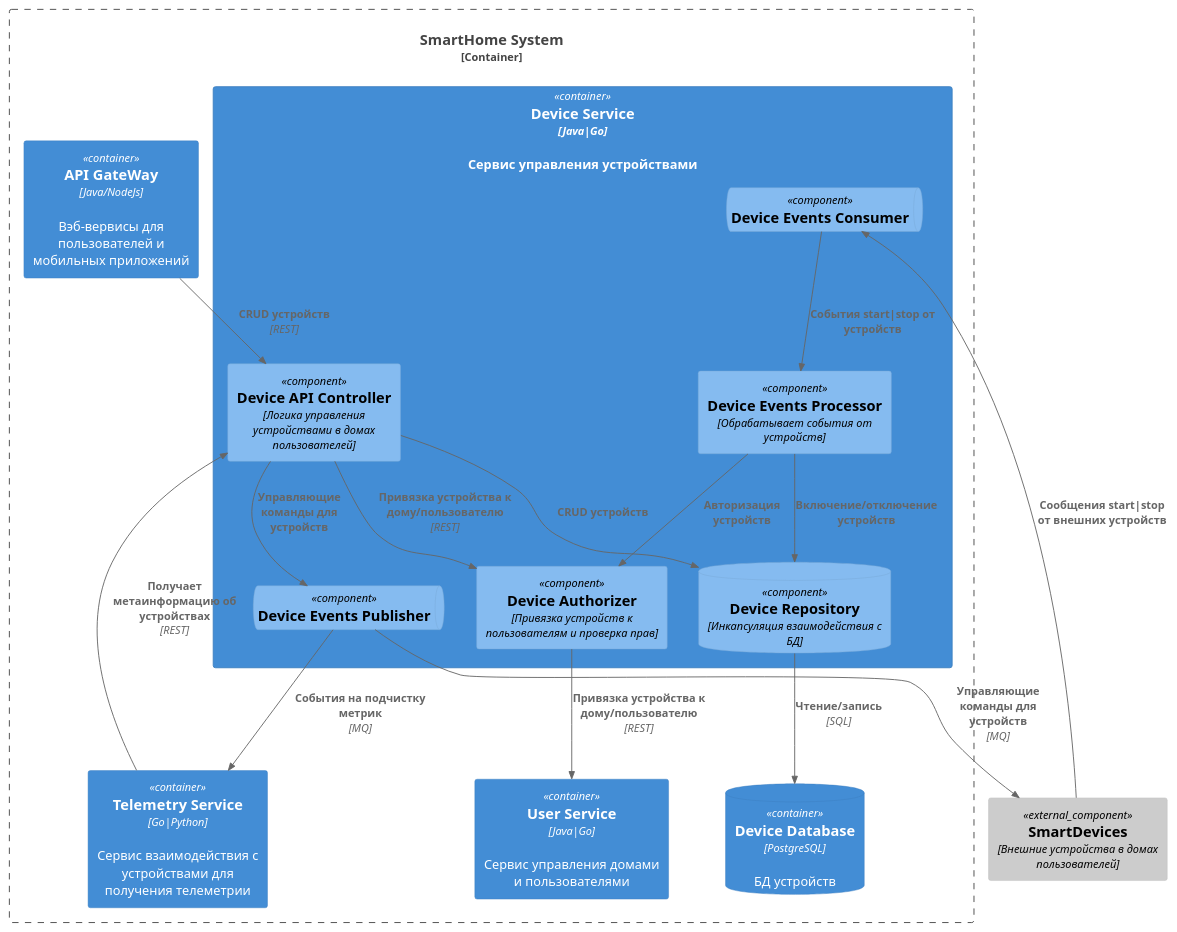
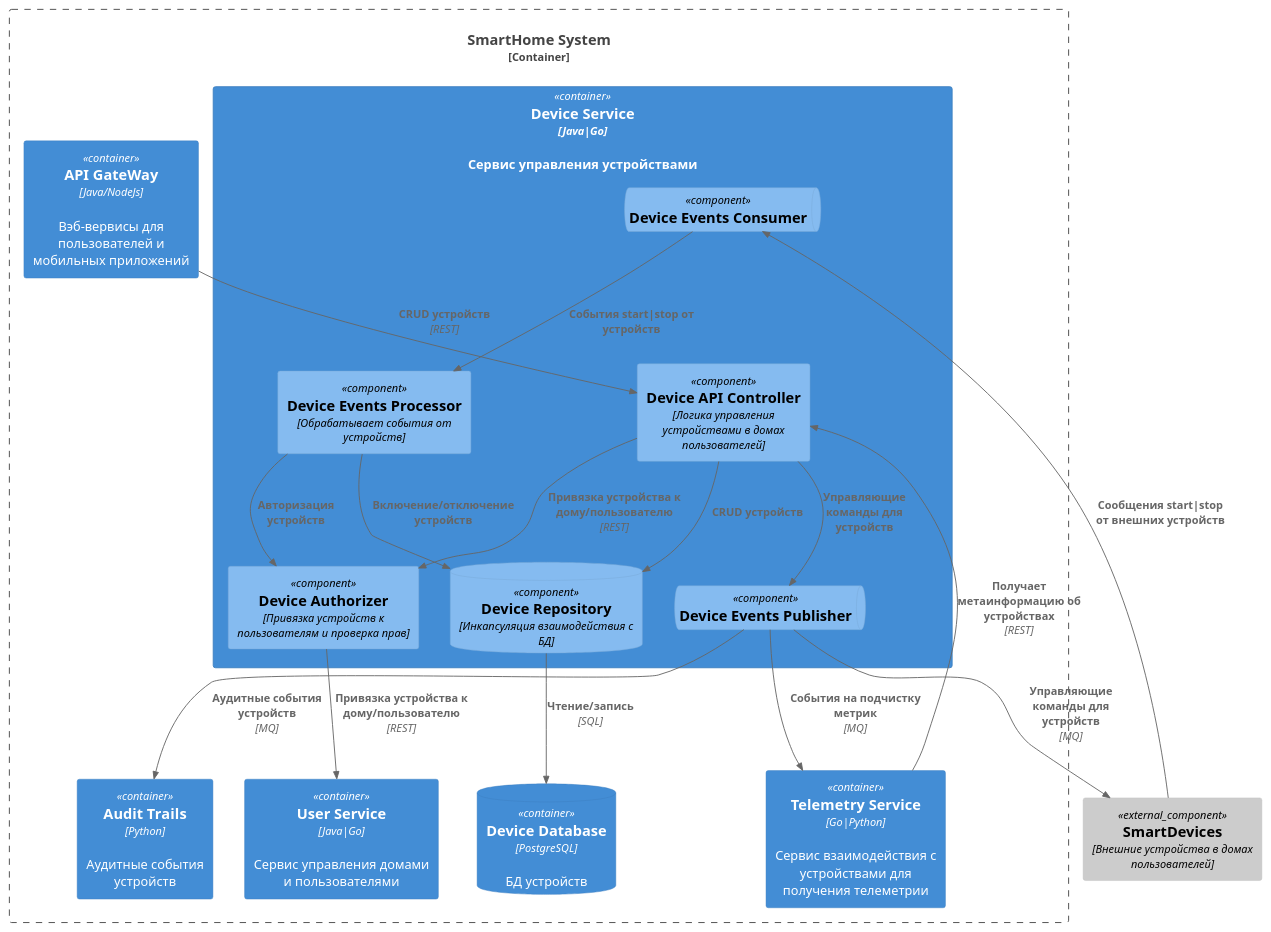
The diagram in schemas/C4_component.puml (Yandex-Practicum/architecture-pro-warmhouse), drawn with PlantUML before and after one commit. The commit also changed 7 other files, not shown here.

Commit message:
Задание 2. renew schemas

```diff
--- a/schemas/C4_component.puml
+++ b/schemas/C4_component.puml
@@ -1,43 +1,45 @@
 @startuml
 !include https://raw.githubusercontent.com/plantuml-stdlib/C4-PlantUML/master/C4_Component.puml
 
 Container_Boundary(smartHomeSystem, "SmartHome System") {
     Container(apiGW, "API GateWay", "Java/NodeJs", "Вэб-вервисы для пользователей и мобильных приложений")
     Container(userService, "User Service", "Java|Go", "Сервис управления домами и пользователями")
     Container(telemetryService, "Telemetry Service", "Go|Python", "Сервис взаимодействия с устройствами для получения телеметрии")
     Container(deviceService, "Device Service", "Java|Go", "Сервис управления устройствами") {
 
         Component(deviceAuthorizer, "Device Authorizer", "Привязка устройств к пользователям и проверка прав")
         ComponentDb(deviceRepository, "Device Repository", "Инкапсуляция взаимодействия с БД")
         Component(deviceAPIController, "Device API Controller", "Логика управления устройствами в домах пользователей")
 
         ComponentQueue(eventsPublisher, "Device Events Publisher")
         ComponentQueue(eventConsumer, "Device Events Consumer")
         Component(eventProcessor, "Device Events Processor", "Обрабатывает события от устройств")
     }
     ContainerDb(deviceDatabase, "Device Database", "PostgreSQL", "БД устройств")
+    Container(auditTrails, "Audit Trails", "Python", "Аудитные события устройств")
 }
 
 Component_Ext(smartDevices ,"SmartDevices", "Внешние устройства в домах пользователей")
 
 Rel(deviceRepository, deviceDatabase, "Чтение/запись", "SQL")
 
 Rel(telemetryService, deviceAPIController, "Получает метаинформацию об устройствах", "REST")
 
 Rel(apiGW, deviceAPIController, "CRUD устройств", "REST")
 
 Rel(deviceAPIController, deviceRepository, "CRUD устройств")
 
 Rel(deviceAPIController, deviceAuthorizer, "Привязка устройства к дому/пользователю", "REST")
 Rel(deviceAuthorizer, userService, "Привязка устройства к дому/пользователю", "REST")
 
 Rel(eventConsumer, eventProcessor, "События start|stop от устройств")
 Rel(eventProcessor, deviceAuthorizer, "Авторизация устройств")
 Rel(eventProcessor, deviceRepository, "Включение/отключение устройств")
 
 Rel(deviceAPIController, eventsPublisher, "Управляющие команды для устройств")
+Rel(eventsPublisher, auditTrails, "Аудитные события устройств", "MQ")
 Rel(eventsPublisher, smartDevices, "Управляющие команды для устройств", "MQ")
 Rel(eventsPublisher, telemetryService, "События на подчистку метрик", "MQ")
 Rel(smartDevices, eventConsumer, "Сообщения start|stop от внешних устройств")
 
 @enduml
```
